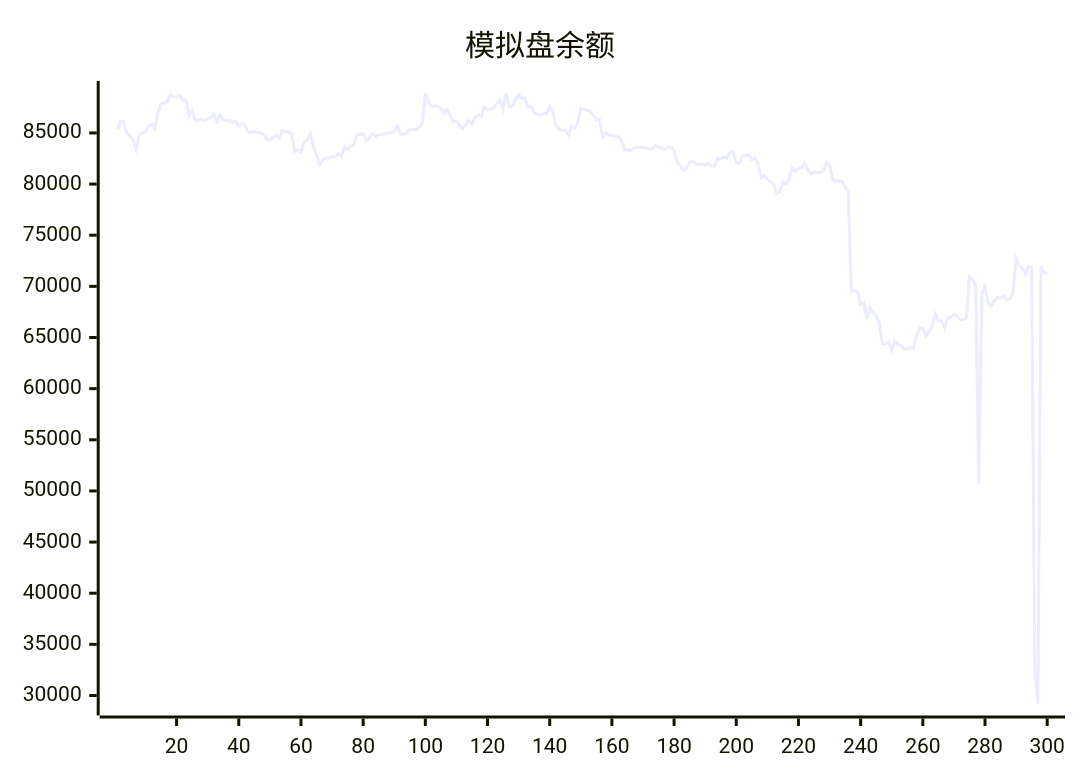
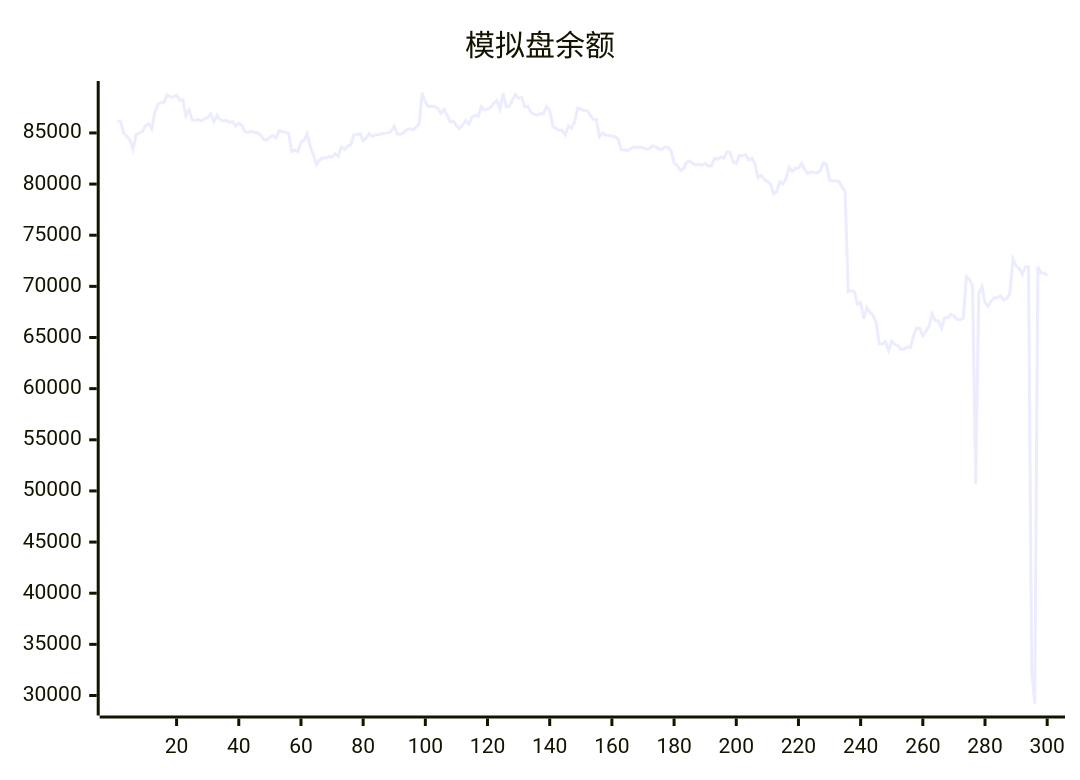
One commit to aahl/ai-trading changed the diagram in README.md. Above: the diagram before and after it, drawn with Mermaid. The commit also changed other lines of this file and 1 other file, not shown here.

````diff
--- a/README.md
+++ b/README.md
@@ -5,5 +5,5 @@
 ```mermaid
 xychart
     title "模拟盘余额"
-    line [85334,86149,86106,84968,84671,84302,83410,84816,85001,85127,85693,85891,85384,87001,87811,87945,88007,88734,88528,88495,88705,88189,88248,86662,87234,86279,86251,86314,86177,86364,86503,86886,86114,86731,86310,86176,86240,86017,86136,85685,85938,85749,85111,85044,85164,85016,85008,84824,84354,84287,84572,84745,84500,85234,85096,85095,84970,83180,83338,83157,84070,84309,84922,83667,82850,81924,82369,82552,82539,82695,82648,82962,82728,83619,83378,83710,83825,84819,84854,84917,84265,84527,84919,84668,84834,84850,84916,84981,85004,85131,85674,84891,84864,85019,85284,85393,85294,85538,85894,88904,88012,87567,87625,87568,87386,86920,87313,86737,86094,86143,85725,85437,85787,86219,85859,86526,86740,86630,87563,87264,87335,87483,87886,88180,87335,88894,87544,87608,88207,88755,88401,88444,87543,87608,87000,86810,86740,86894,86884,87576,87209,85686,85435,85251,85255,84820,85689,85453,86066,87420,87373,87161,87178,86740,86341,86315,84643,85012,84772,84768,84690,84635,84376,83360,83357,83259,83474,83608,83606,83602,83548,83440,83454,83724,83644,83464,83365,83590,83592,83275,82072,81806,81344,81492,82109,82254,82006,81848,81955,81829,82022,81769,81776,82522,82441,82656,82498,83144,83144,82150,82038,82797,82763,82872,82367,82536,81981,80612,80862,80484,80242,80034,79063,79245,80226,80016,80507,81625,81233,81544,81578,82016,81401,81019,81186,81130,81118,81306,82066,81909,80392,80304,80291,80258,79729,79261,69466,69579,69456,68251,68415,66832,67911,67462,67144,66432,64380,64375,64606,63740,64647,64324,64216,63842,63877,64078,64008,65156,65945,65888,65157,65625,66144,67284,66653,66639,65924,66925,66956,67263,67108,66766,66729,66886,70927,70673,70049,50652,69334,69973,68400,68061,68578,68876,68879,69055,68662,68822,69329,72687,71999,71760,71162,71911,71896,32500,29218,71927,71297,71305]
+    line [86149,86106,84968,84671,84302,83410,84816,85001,85127,85693,85891,85384,87001,87811,87945,88007,88734,88528,88495,88705,88189,88248,86662,87234,86279,86251,86314,86177,86364,86503,86886,86114,86731,86310,86176,86240,86017,86136,85685,85938,85749,85111,85044,85164,85016,85008,84824,84354,84287,84572,84745,84500,85234,85096,85095,84970,83180,83338,83157,84070,84309,84922,83667,82850,81924,82369,82552,82539,82695,82648,82962,82728,83619,83378,83710,83825,84819,84854,84917,84265,84527,84919,84668,84834,84850,84916,84981,85004,85131,85674,84891,84864,85019,85284,85393,85294,85538,85894,88904,88012,87567,87625,87568,87386,86920,87313,86737,86094,86143,85725,85437,85787,86219,85859,86526,86740,86630,87563,87264,87335,87483,87886,88180,87335,88894,87544,87608,88207,88755,88401,88444,87543,87608,87000,86810,86740,86894,86884,87576,87209,85686,85435,85251,85255,84820,85689,85453,86066,87420,87373,87161,87178,86740,86341,86315,84643,85012,84772,84768,84690,84635,84376,83360,83357,83259,83474,83608,83606,83602,83548,83440,83454,83724,83644,83464,83365,83590,83592,83275,82072,81806,81344,81492,82109,82254,82006,81848,81955,81829,82022,81769,81776,82522,82441,82656,82498,83144,83144,82150,82038,82797,82763,82872,82367,82536,81981,80612,80862,80484,80242,80034,79063,79245,80226,80016,80507,81625,81233,81544,81578,82016,81401,81019,81186,81130,81118,81306,82066,81909,80392,80304,80291,80258,79729,79261,69466,69579,69456,68251,68415,66832,67911,67462,67144,66432,64380,64375,64606,63740,64647,64324,64216,63842,63877,64078,64008,65156,65945,65888,65157,65625,66144,67284,66653,66639,65924,66925,66956,67263,67108,66766,66729,66886,70927,70673,70049,50652,69334,69973,68400,68061,68578,68876,68879,69055,68662,68822,69329,72687,71999,71760,71162,71911,71896,32500,29218,71927,71297,71305,71044]
 ```
````
